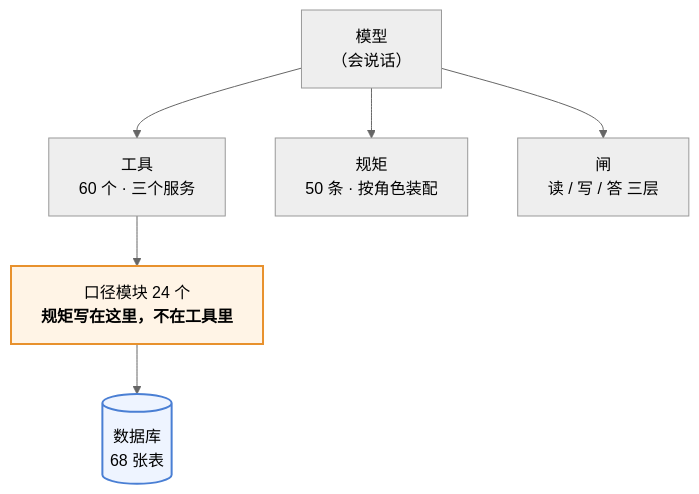
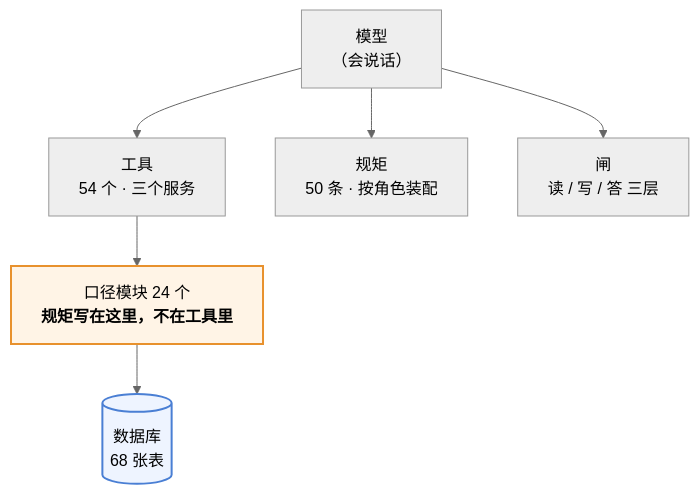
The first of 3 diagrams in 澜绣云裳agent-产品说明.md (843773296-rgb/lanxiu-yunshang-agent), drawn with Mermaid (neutral theme) before and after one commit. The commit also changed other lines of this file and 15 other files, not shown here.

````diff
--- a/澜绣云裳agent-产品说明.md
+++ b/澜绣云裳agent-产品说明.md
@@ -62,12 +62,12 @@
 ```mermaid
 flowchart TD
     M["模型<br/>（会说话）"]
-    M --> T["工具<br/>60 个 · 三个服务"]
+    M --> T["工具<br/>54 个 · 三个服务"]
     M --> R["规矩<br/>50 条 · 按角色装配"]
     M --> G["闸<br/>读 / 写 / 答 三层"]
     T --> K["口径模块 24 个<br/><b>规矩写在这里，不在工具里</b>"]
     K --> DB[("数据库<br/>68 张表")]
 
     style K fill:#fff4e6,stroke:#e8912d,stroke-width:2px
     style DB fill:#eef4ff,stroke:#4a7fd4,stroke-width:2px
 ```
````
